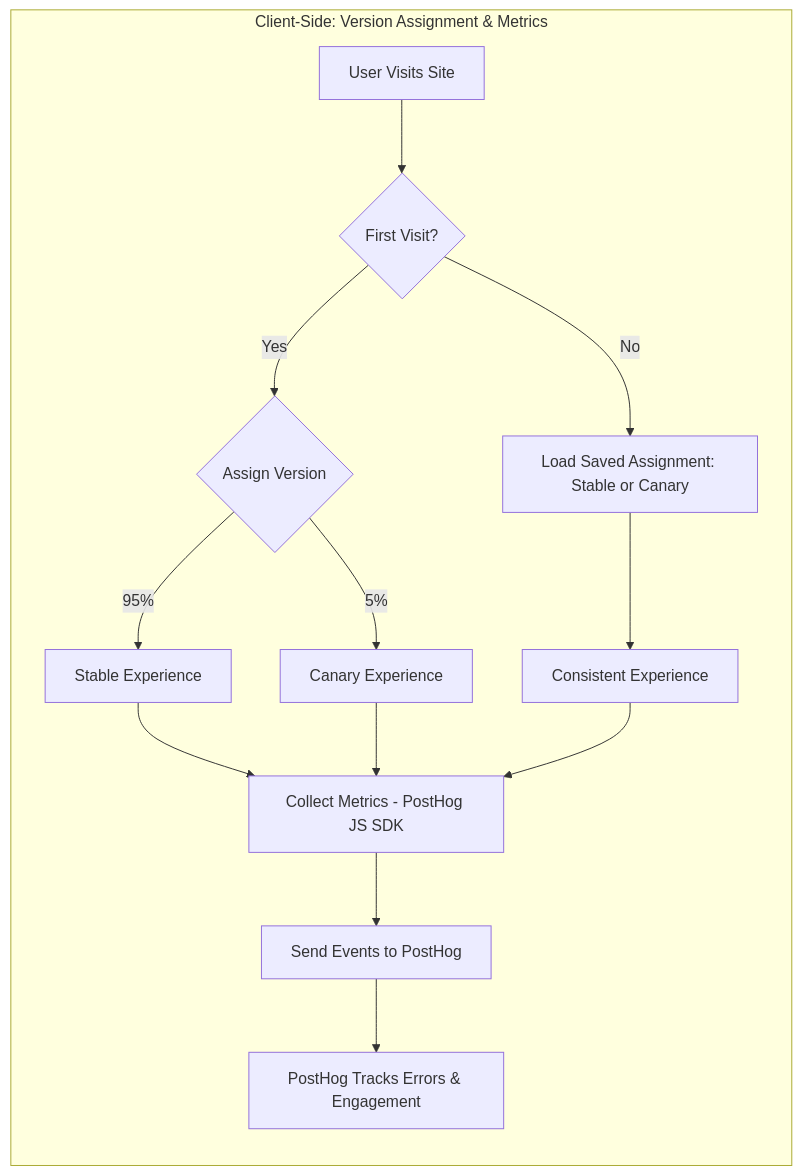
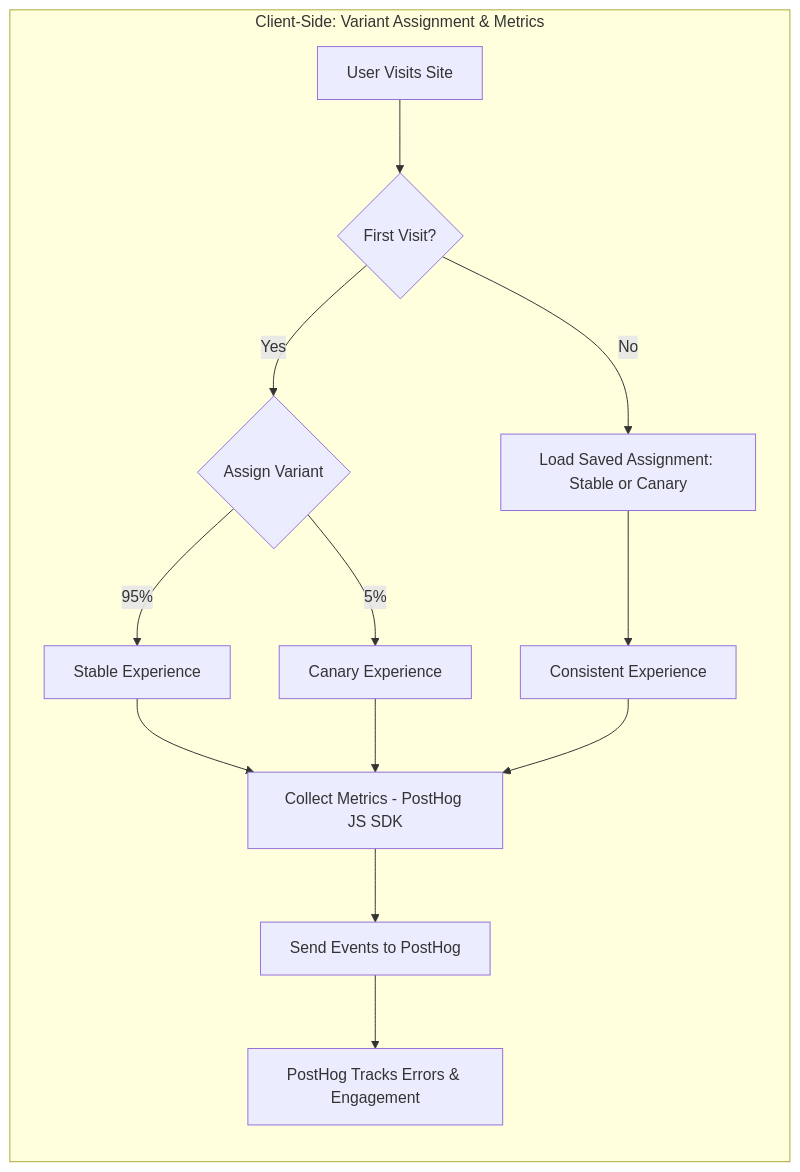
The first of 3 diagrams in README.md (lloydchang/client-side-canary-deployment), drawn with Mermaid before and after one commit. The commit also changed other lines of this file and 3 other files, not shown here.

````diff
--- a/README.md
+++ b/README.md
@@ -18,16 +18,16 @@
 ```mermaid
 graph LR
-    subgraph Client-Side: Version Assignment & Metrics
+    subgraph Client-Side: Variant Assignment & Metrics
         A[User Visits Site] --> B{First Visit?}
-        B -->|Yes| C{Assign Version}
+        B -->|Yes| C{Assign Variant}
         B -->|No| D[Load Saved Assignment: Stable or Canary]
         C -->|95%| E[Stable Experience]
         C -->|5%| F[Canary Experience]
         D --> G[Consistent Experience]
         E --> H["Collect Metrics - PostHog JS SDK"]
         F --> H
         G --> H
         H --> J[Send Events to PostHog]
         J --> K[PostHog Tracks Errors & Engagement]
     end
 ```
````
